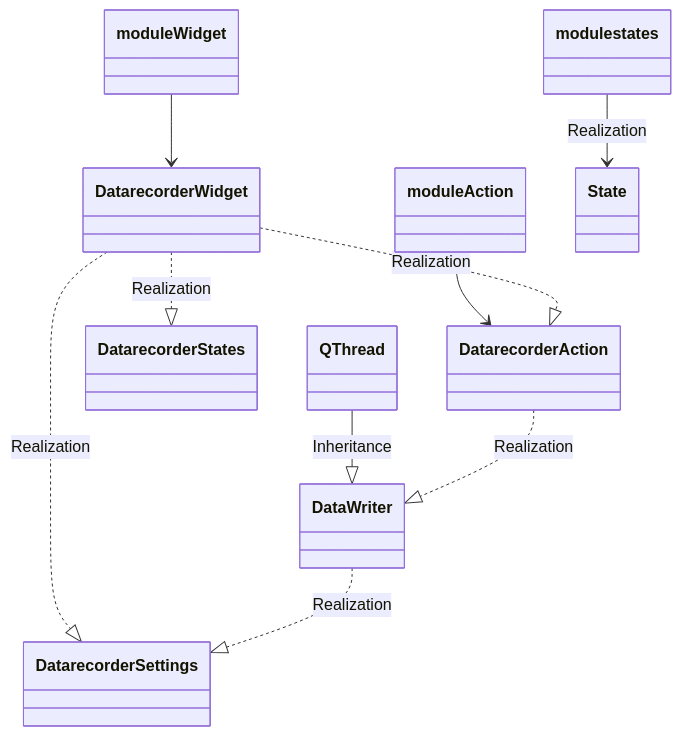
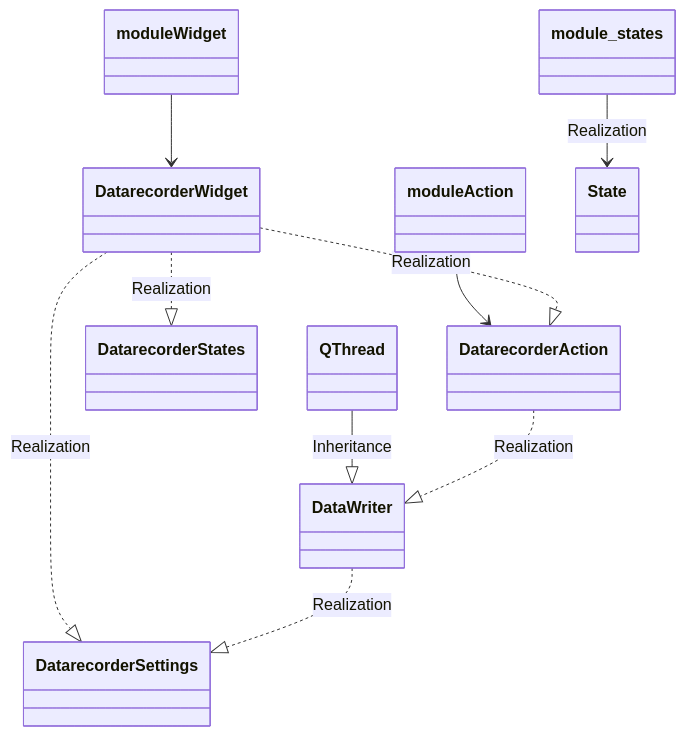
Before and after one commit to tud-hri/joan: the first of 2 diagrams in docs/modules.md, drawn with Mermaid. The commit also changed other lines of this file and 31 other files, not shown here.

````diff
--- a/docs/modules.md
+++ b/docs/modules.md
@@ -10,23 +10,23 @@
 ```mermaid
     classDiagram
         class QThread
         class moduleWidget
         class moduleAction
-        class modulestates
+        class module_states
         class DatarecorderStates
         class DatarecorderWidget
         class DatarecorderAction
         class DataWriter
         class DatarecorderSettings
         class State
 
         QThread --|> DataWriter : Inheritance
         moduleWidget --> DatarecorderWidget
         moduleAction --> DatarecorderAction
-        modulestates --> State : Realization
+        module_states --> State : Realization
         DatarecorderWidget ..|> DatarecorderStates : Realization
         DatarecorderWidget ..|> DatarecorderAction : Realization
         DatarecorderAction ..|> DataWriter : Realization
         DatarecorderWidget ..|> DatarecorderSettings : Realization
         DataWriter ..|> DatarecorderSettings : Realization
 ```
````
